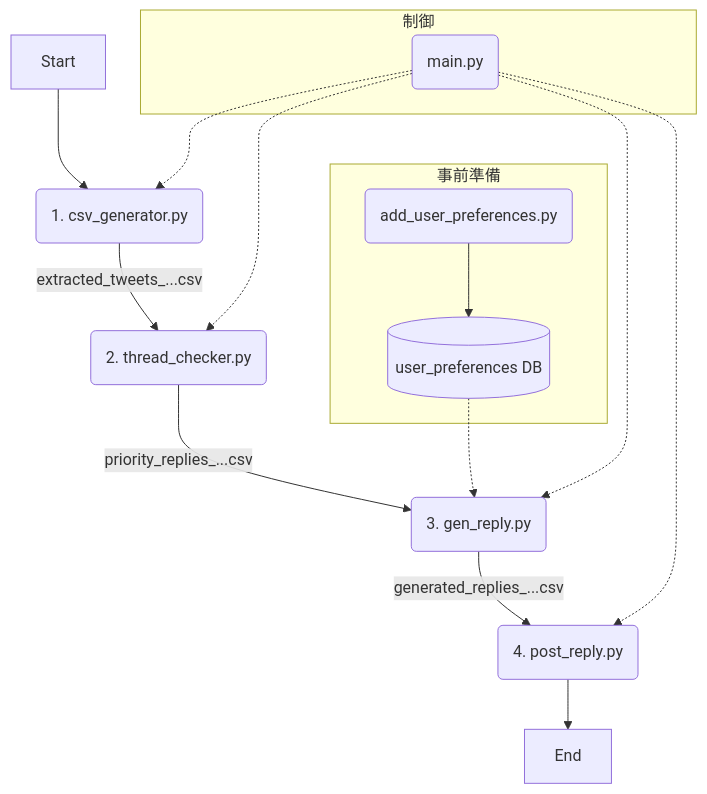
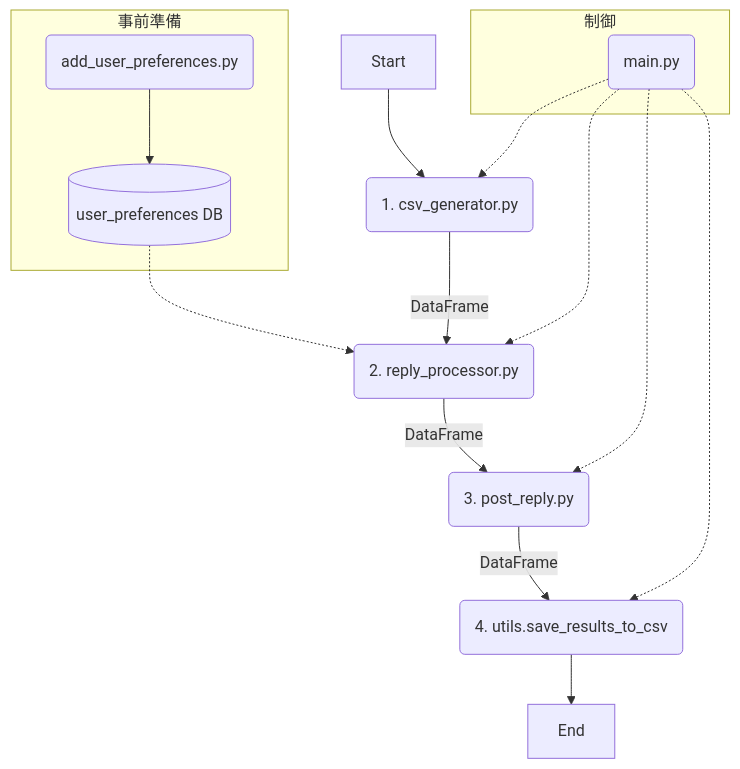
Before and after one commit to Nyukimin/Twitter_reply_02: the diagram in specification.md, drawn with Mermaid. The commit also changed other lines of this file and 6 other files, not shown here.

````diff
--- a/specification.md
+++ b/specification.md
@@ -11,22 +9,22 @@
 ```mermaid
 graph TD;
     subgraph "事前準備"
         AA(add_user_preferences.py) --> DB[(user_preferences DB)];
     end
 
     A[Start] --> B(1. csv_generator.py);
-    B -- extracted_tweets_...csv --> C(2. thread_checker.py);
-    C -- priority_replies_...csv --> D(3. gen_reply.py);
-    DB -.-> D;
-    D -- generated_replies_...csv --> E(4. post_reply.py);
+    B -- DataFrame --> C(2. reply_processor.py);
+    DB -.-> C;
+    C -- DataFrame --> D(3. post_reply.py);
+    D -- DataFrame --> E(4. utils.save_results_to_csv);
     E --> F[End];
 
     subgraph "制御"
         G(main.py)
     end
 
     G -.-> B;
     G -.-> C;
     G -.-> D;
     G -.-> E;
 ```
````
